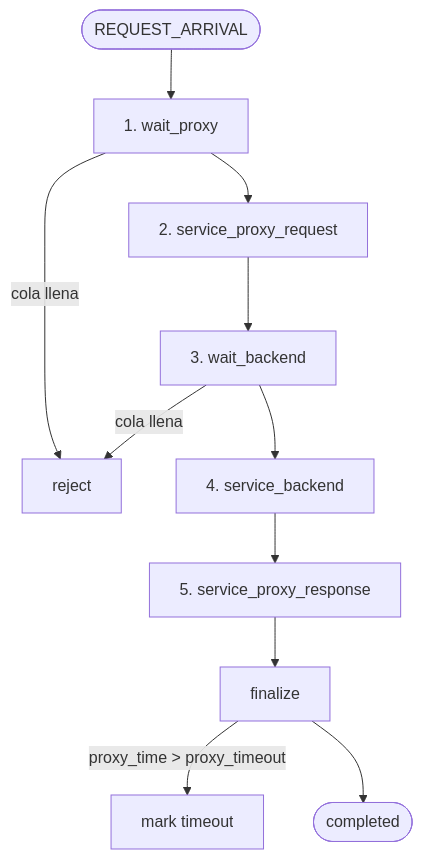
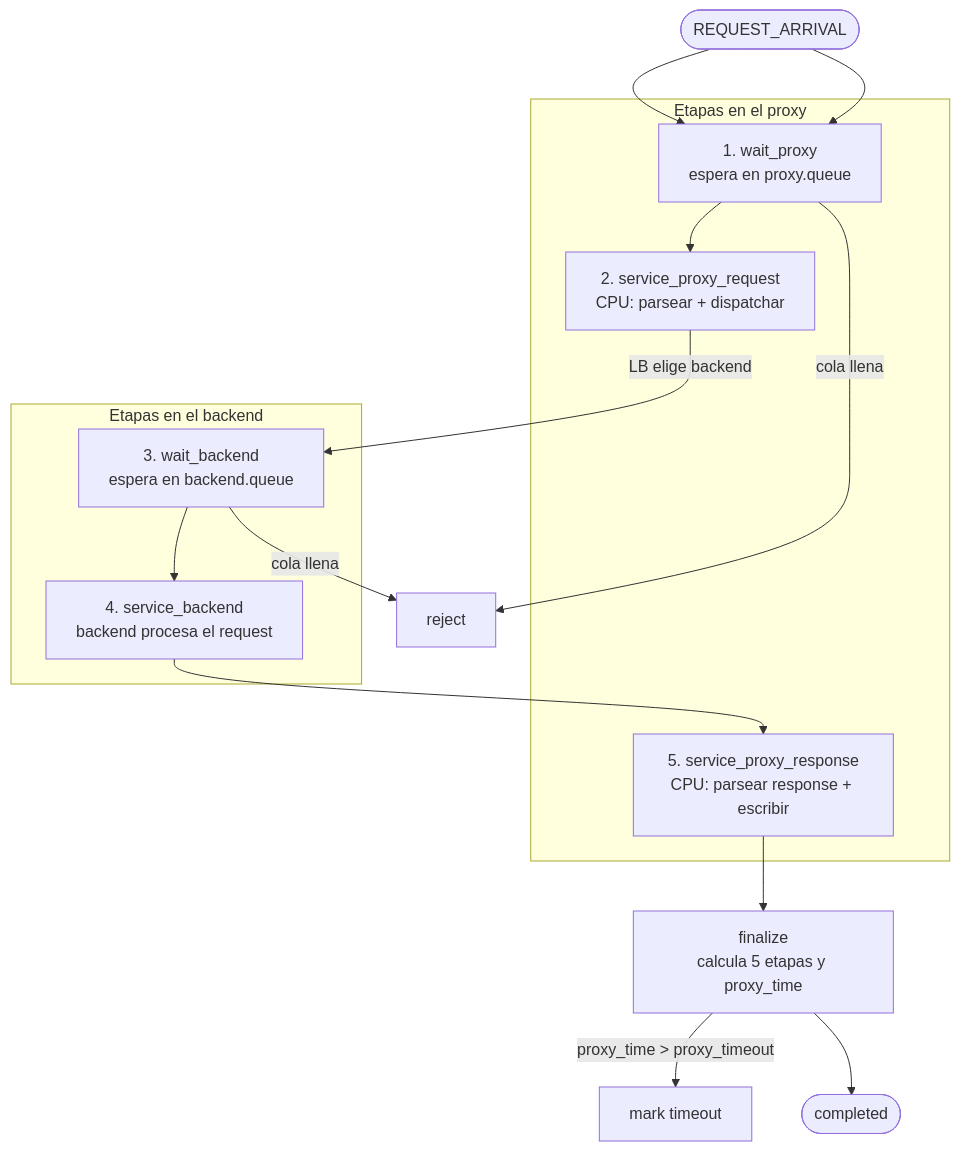
One commit to sebadaba/rproxy-sim changed the diagram in docs/flow.md. Above: the diagram before and after it, drawn with Mermaid. The commit also changed other lines of this file, not shown here.

Commit message:
chore: diagrama de flujo más descriptivo

````diff
--- a/docs/flow.md
+++ b/docs/flow.md
@@ -7,13 +19,26 @@
 ```mermaid
 flowchart TD
-    A([REQUEST_ARRIVAL]) --> S1[1. wait_proxy]
+    A([REQUEST_ARRIVAL]) --> S1
+
+    subgraph PROXY[Etapas en el proxy]
+        S1[1. wait_proxy<br/>espera en proxy.queue]
+        S2[2. service_proxy_request<br/>CPU: parsear + dispatchar]
+        S5[5. service_proxy_response<br/>CPU: parsear response + escribir]
+    end
+
+    subgraph BACKEND[Etapas en el backend]
+        S3[3. wait_backend<br/>espera en backend.queue]
+        S4[4. service_backend<br/>backend procesa el request]
+    end
+
+    A --> S1
     S1 -->|cola llena| R[reject]
-    S1 --> S2[2. service_proxy_request]
-    S2 --> S3[3. wait_backend]
+    S1 --> S2
+    S2 -->|LB elige backend| S3
     S3 -->|cola llena| R
-    S3 --> S4[4. service_backend]
-    S4 --> S5[5. service_proxy_response]
-    S5 --> F[finalize]
+    S3 --> S4
+    S4 --> S5
+    S5 --> F[finalize<br/>calcula 5 etapas y proxy_time]
     F -->|proxy_time > proxy_timeout| T[mark timeout]
     F --> C([completed])
 ```
````
